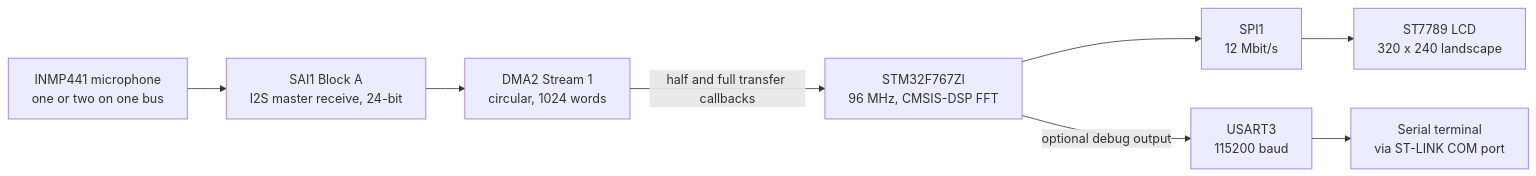
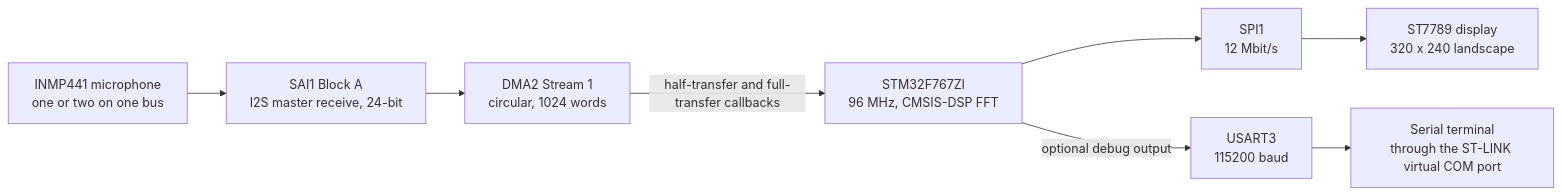
The diagram in README.md (OscarBazylewich/STM32_Audio_Spectrum_Analyzer_ST7789_and_INMP441), drawn with Mermaid before and after one commit. The commit also changed other lines of this file, not shown here.

````diff
--- a/README.md
+++ b/README.md
@@ -39,18 +43,18 @@
 ```mermaid
 flowchart LR
     MIC["INMP441 microphone<br/>one or two on one bus"]
     SAI["SAI1 Block A<br/>I2S master receive, 24-bit"]
     DMA["DMA2 Stream 1<br/>circular, 1024 words"]
     CPU["STM32F767ZI<br/>96 MHz, CMSIS-DSP FFT"]
     SPI["SPI1<br/>12 Mbit/s"]
-    LCD["ST7789 LCD<br/>320 x 240 landscape"]
+    LCD["ST7789 display<br/>320 x 240 landscape"]
     UART["USART3<br/>115200 baud"]
-    PC["Serial terminal<br/>via ST-LINK COM port"]
+    PC["Serial terminal<br/>through the ST-LINK virtual COM port"]
     MIC --> SAI
     SAI --> DMA
-    DMA -- "half and full transfer callbacks" --> CPU
+    DMA -- "half-transfer and full-transfer callbacks" --> CPU
     CPU --> SPI
     SPI --> LCD
     CPU -- "optional debug output" --> UART
     UART --> PC
 ```
````
